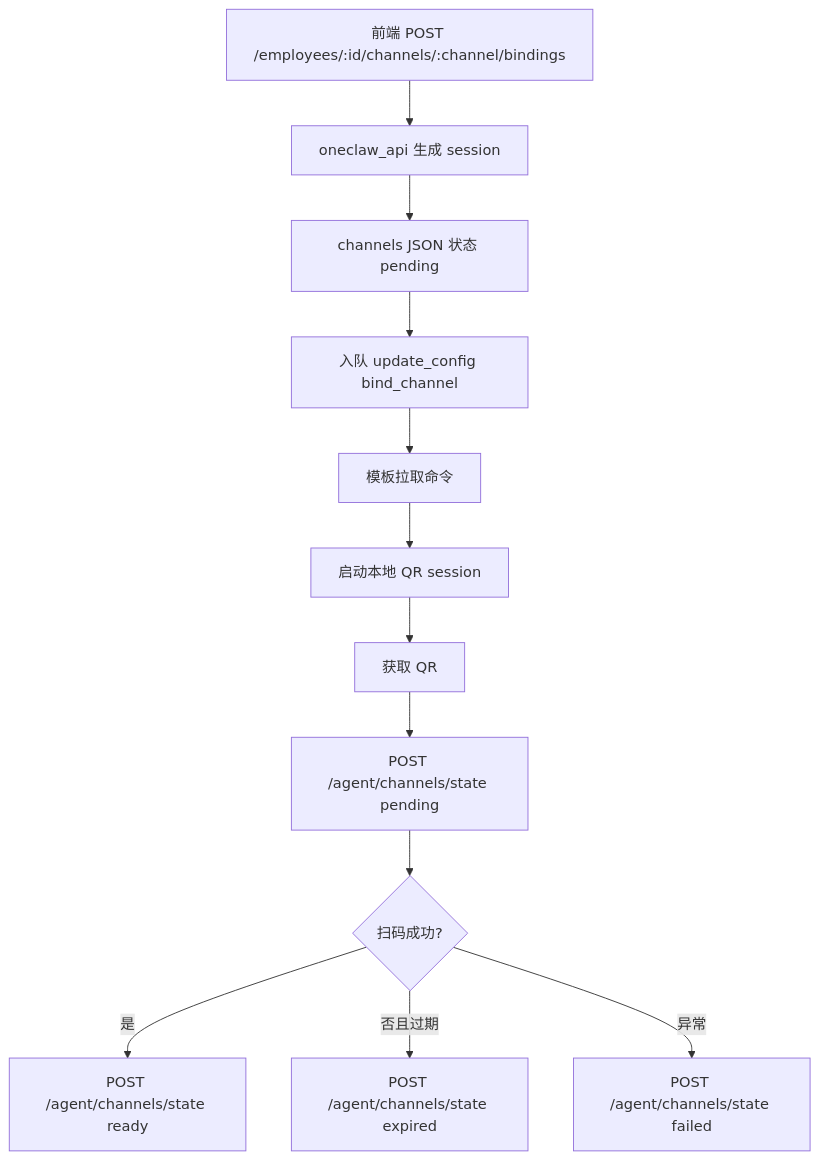
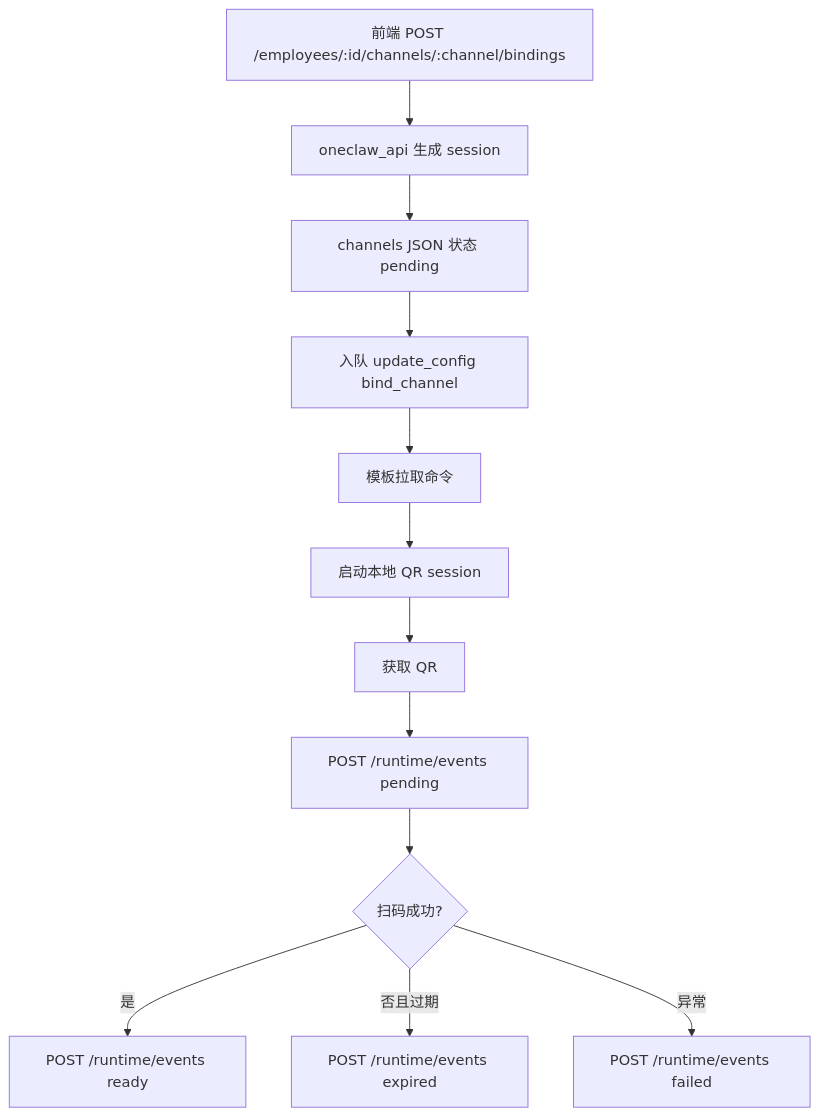
The seventh of 8 diagrams in docs/business-logic.md (runtopia/openclaw-template), drawn with Mermaid before and after one commit. The commit also changed other lines of this file and 4 other files, not shown here.

````diff
--- a/docs/business-logic.md
+++ b/docs/business-logic.md
@@ -518,14 +518,14 @@
 ```mermaid
 flowchart TD
     A["前端 POST /employees/:id/channels/:channel/bindings"] --> B["oneclaw_api 生成 session"]
     B --> C["channels JSON 状态 pending"]
     C --> D["入队 update_config bind_channel"]
     D --> E["模板拉取命令"]
     E --> F["启动本地 QR session"]
     F --> G["获取 QR"]
-    G --> H["POST /agent/channels/state pending"]
+    G --> H["POST /runtime/events pending"]
     H --> I{"扫码成功?"}
-    I -- "是" --> J["POST /agent/channels/state ready"]
-    I -- "否且过期" --> K["POST /agent/channels/state expired"]
-    I -- "异常" --> L["POST /agent/channels/state failed"]
+    I -- "是" --> J["POST /runtime/events ready"]
+    I -- "否且过期" --> K["POST /runtime/events expired"]
+    I -- "异常" --> L["POST /runtime/events failed"]
 ```
````
